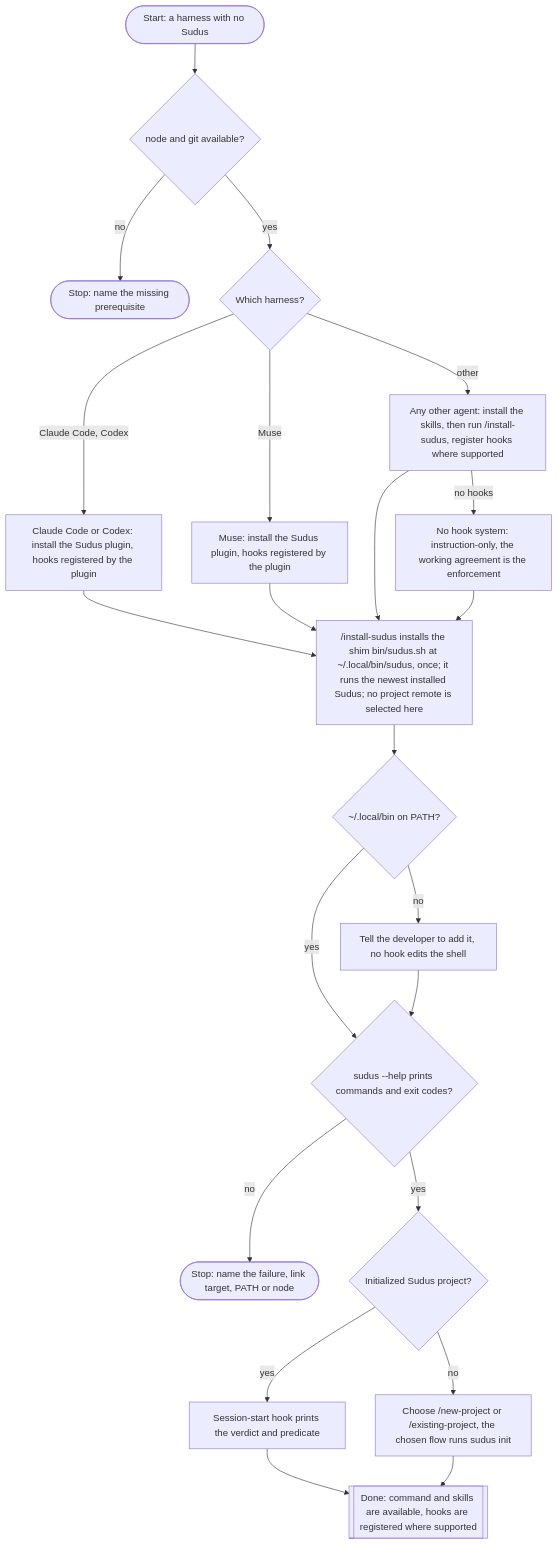
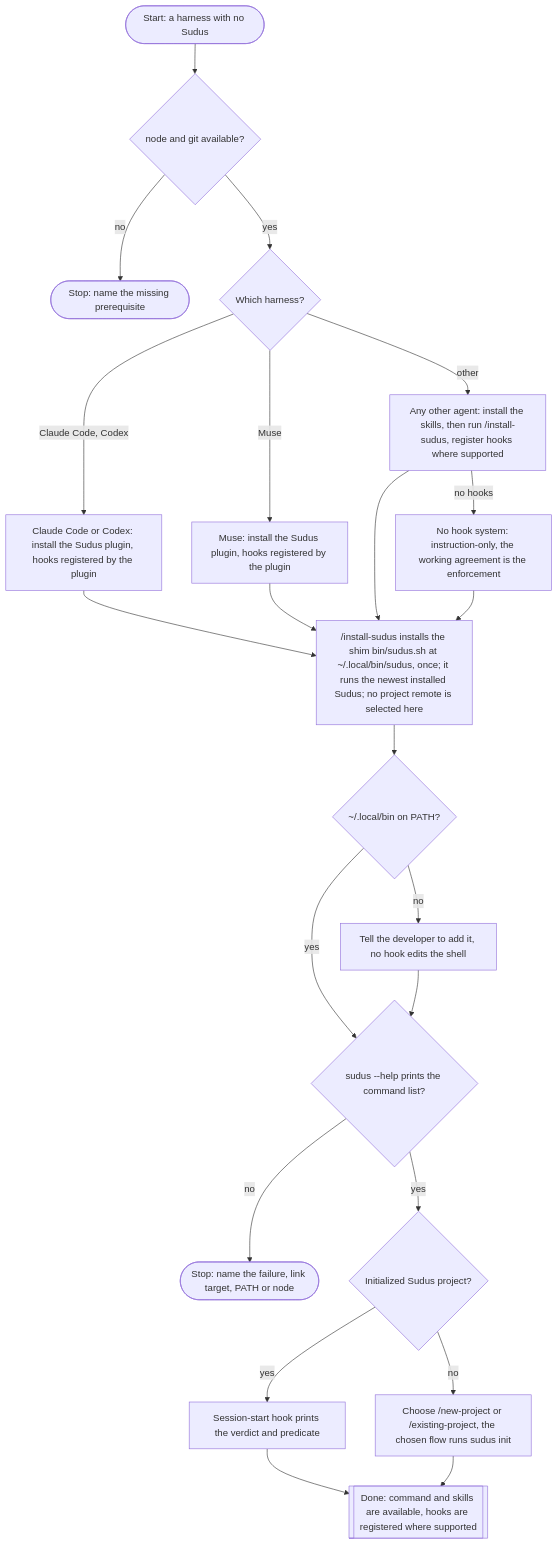
Before and after one commit to eas4ai/cairn: the sixth of 6 diagrams in docs/manual.md, drawn with Mermaid. The commit also changed other lines of this file and 23 other files, not shown here.

````diff
--- a/docs/manual.md
+++ b/docs/manual.md
@@ -1119,42 +1119,42 @@
 ```mermaid
 flowchart TB
   start(["Start: a harness with no Sudus"])
   prereq{"node and git available?"}
   missing(["Stop: name the missing prerequisite"])
   harness{"Which harness?"}
   cc["Claude Code or Codex: install the Sudus plugin, hooks registered by the plugin"]
   muse["Muse: install the Sudus plugin, hooks registered by the plugin"]
   other["Any other agent: install the skills, then run /install-sudus, register hooks where supported"]
   nohooks["No hook system: instruction-only, the working agreement is the enforcement"]
   link["/install-sudus installs the shim bin/sudus.sh at ~/.local/bin/sudus, once; it runs the newest installed Sudus; no project remote is selected here"]
   path{"~/.local/bin on PATH?"}
   addpath["Tell the developer to add it, no hook edits the shell"]
-  help{"sudus --help prints commands and exit codes?"}
+  help{"sudus --help prints the command list?"}
   broken(["Stop: name the failure, link target, PATH or node"])
   project{"Initialized Sudus project?"}
   wake["Session-start hook prints the verdict and predicate"]
   choose["Choose /new-project or /existing-project, the chosen flow runs sudus init"]
   done[["Done: command and skills are available, hooks are registered where supported"]]
 
   start --> prereq
   prereq -->|"no"| missing
   prereq -->|"yes"| harness
   harness -->|"Claude Code, Codex"| cc
   harness -->|"Muse"| muse
   harness -->|"other"| other
   other -->|"no hooks"| nohooks
   cc --> link
   muse --> link
   other --> link
   nohooks --> link
   link --> path
   path -->|"no"| addpath
   path -->|"yes"| help
   addpath --> help
   help -->|"no"| broken
   help -->|"yes"| project
   project -->|"yes"| wake
   project -->|"no"| choose
   wake --> done
   choose --> done
 ```
````
